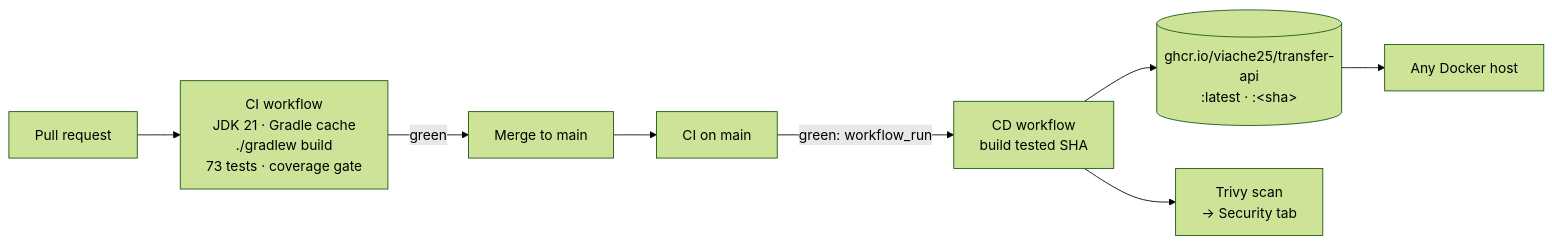
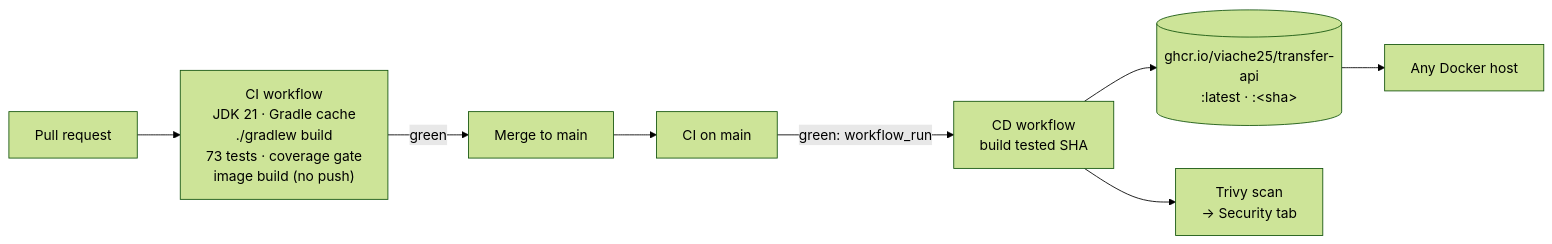
One commit to viache25/transfer-api changed the third of 3 diagrams in README.md. Above: the diagram before and after it, drawn with Mermaid (forest theme). The commit also changed other lines of this file and 3 other files, not shown here.

First line of the commit message:
fix: build only the boot jar in the Docker image and check the image in CI (#28)

````diff
--- a/README.md
+++ b/README.md
@@ -367,10 +367,10 @@
 ```mermaid
 flowchart LR
-    PR[Pull request] --> CI["CI workflow<br/>JDK 21 · Gradle cache<br/>./gradlew build<br/>73 tests · coverage gate"]
+    PR[Pull request] --> CI["CI workflow<br/>JDK 21 · Gradle cache<br/>./gradlew build<br/>73 tests · coverage gate<br/>image build (no push)"]
     CI -->|green| M[Merge to main]
     M --> CI2["CI on main"]
     CI2 -->|green: workflow_run| CD["CD workflow<br/>build tested SHA"]
     CD --> R[("ghcr.io/viache25/transfer-api<br/>:latest · :&lt;sha&gt;")]
     CD --> T["Trivy scan<br/>→ Security tab"]
     R --> S[Any Docker host]
 ```
````
